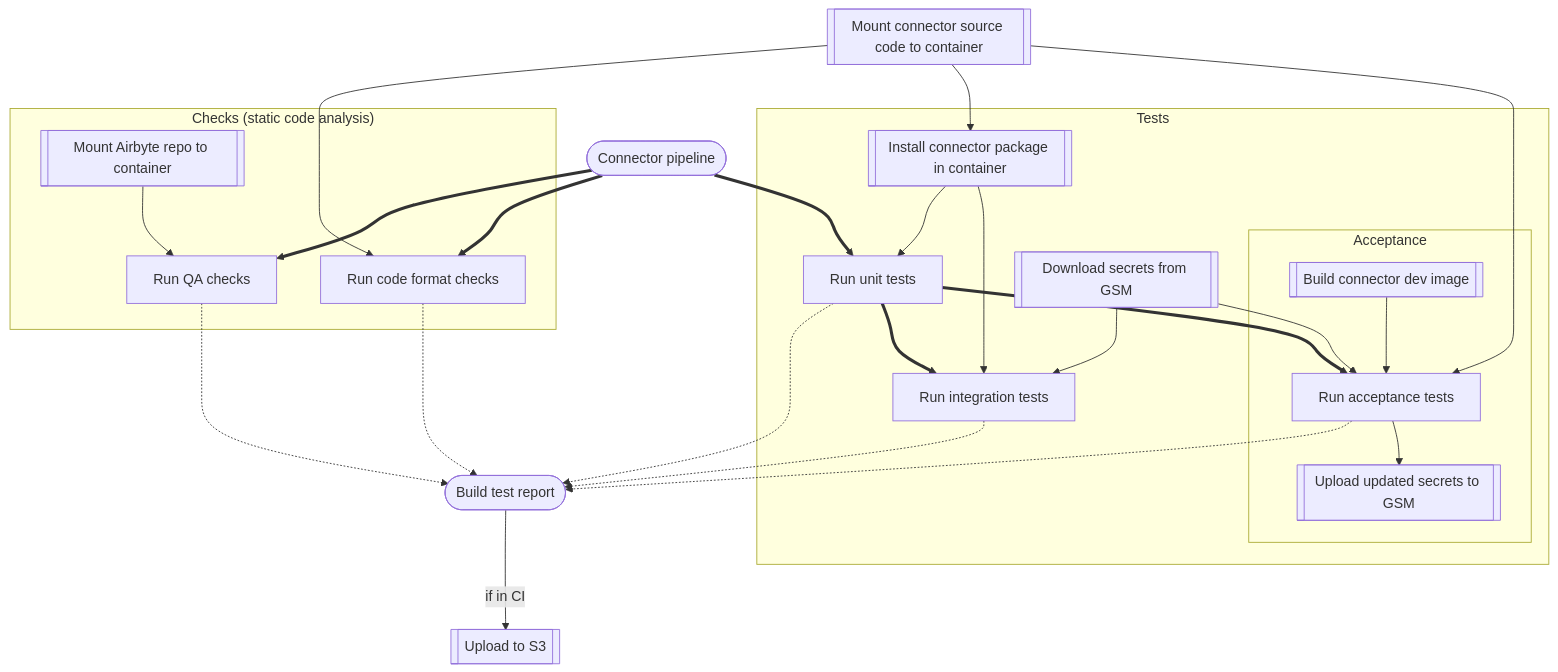
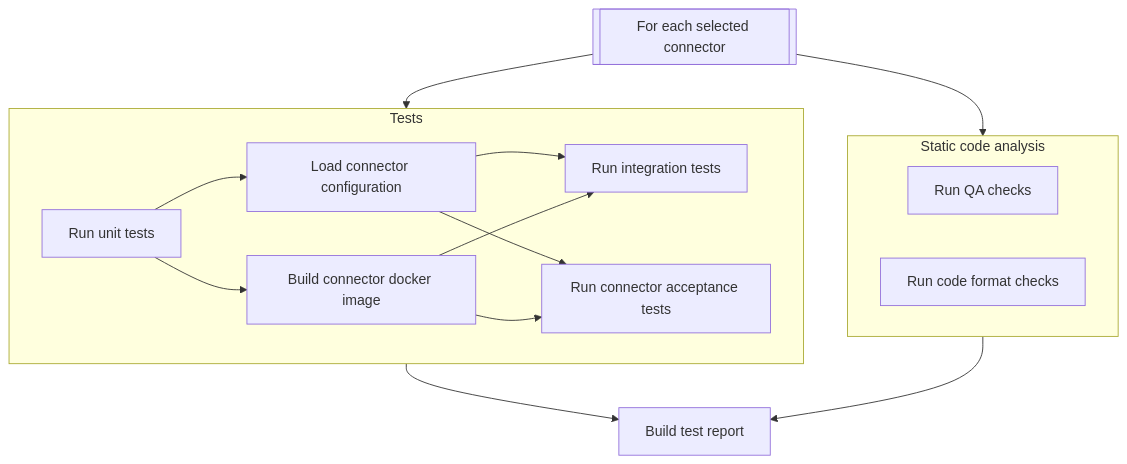
The first of 5 diagrams in tools/ci_connector_ops/ci_connector_ops/pipelines/README.md (airbytehq/airbyte), drawn with Mermaid before and after one commit. The commit also changed other lines of this file, not shown here.

````diff
--- a/tools/ci_connector_ops/ci_connector_ops/pipelines/README.md
+++ b/tools/ci_connector_ops/ci_connector_ops/pipelines/README.md
@@ -95,18 +108,27 @@
 ```mermaid
-flowchart TB
-    conn([Connector pipeline])==>qa & fmt & tu
-    src[[Mount connector source code to container]]-->fmt & pkg & ta
-    fmt & tu & ti & ta & qa -.-> r([Build test report])--if in CI-->s3[[Upload to S3]]
-    subgraph "Checks (static code analysis)"
-        repo[[Mount Airbyte repo to container]]-->qa[Run QA checks]
-        fmt[Run code format checks]
+flowchart TD
+    entrypoint[[For each selected connector]]
+    subgraph static ["Static code analysis"]
+      qa[Run QA checks]
+      fmt[Run code format checks]
     end
-    subgraph Tests
-        tu[Run unit tests]==>ti[Run integration tests] & ta[Run acceptance tests]
-        pkg[[Install connector package in container]]-->tu & ti
-        dsec[[Download secrets from GSM]] --> ti & ta
-        subgraph Acceptance
-            bld[[Build connector dev image]]-->ta-->upsec[[Upload updated secrets to GSM]]
-        end
+    subgraph tests ["Tests"]
+        build[Build connector docker image]
+        unit[Run unit tests]
+        integration[Run integration tests]
+        cat[Run connector acceptance tests]
+        secret[Load connector configuration]
+
+        unit-->secret
+        unit-->build
+        secret-->integration
+        secret-->cat
+        build-->integration
+        build-->cat
     end
+    entrypoint-->static
+    entrypoint-->tests
+    report["Build test report"]
+    tests-->report
+    static-->report
 ```
````
